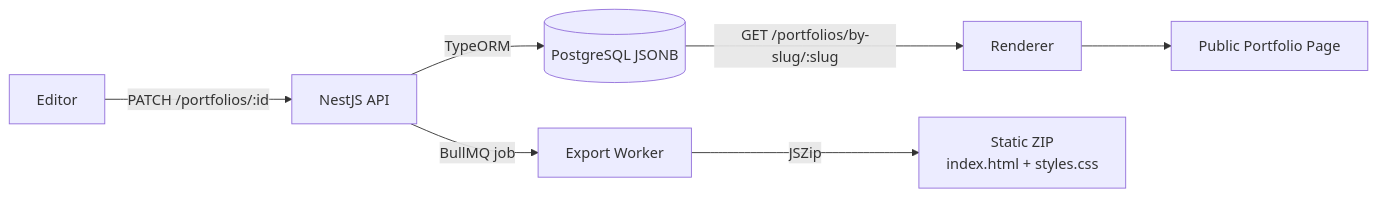
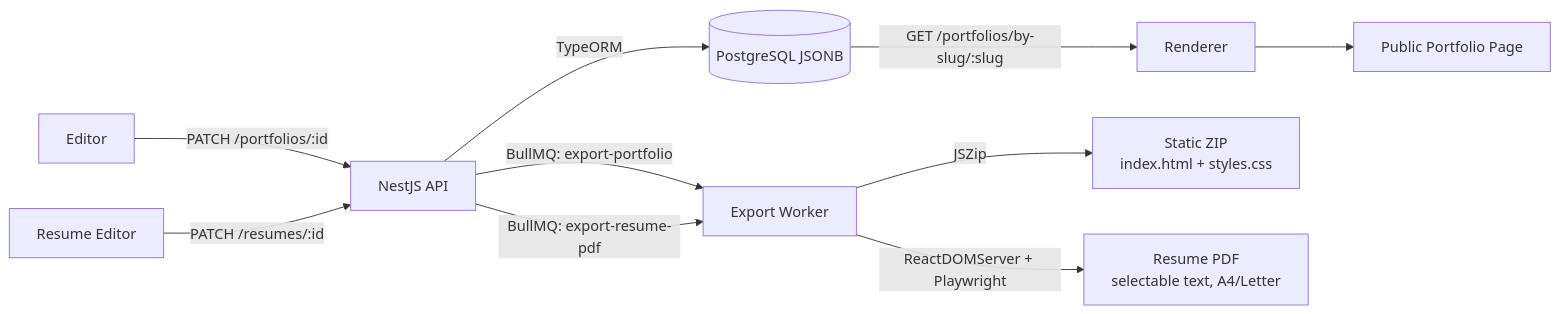
The diagram in README.md (karaa1122/DevFolio), drawn with Mermaid before and after one commit. The commit also changed other lines of this file and 95 other files, not shown here.

````diff
--- a/README.md
+++ b/README.md
@@ -134,10 +142,14 @@
 ```mermaid
 flowchart LR
     A[Editor] -->|PATCH /portfolios/:id| B[NestJS API]
+    AA[Resume Editor] -->|PATCH /resumes/:id| B
     B -->|TypeORM| C[(PostgreSQL JSONB)]
     C -->|GET /portfolios/by-slug/:slug| D[Renderer]
     D --> E[Public Portfolio Page]
 
-    B -->|BullMQ job| F[Export Worker]
-    F -->|JSZip| G[Static ZIP\nindex.html + styles.css]
+    B -->|BullMQ: export-portfolio| F[Export Worker]
+    F -->|JSZip| G[Static ZIP<br/>index.html + styles.css]
+
+    B -->|BullMQ: export-resume-pdf| F
+    F -->|ReactDOMServer + Playwright| H[Resume PDF<br/>selectable text, A4/Letter]
 ```
````
